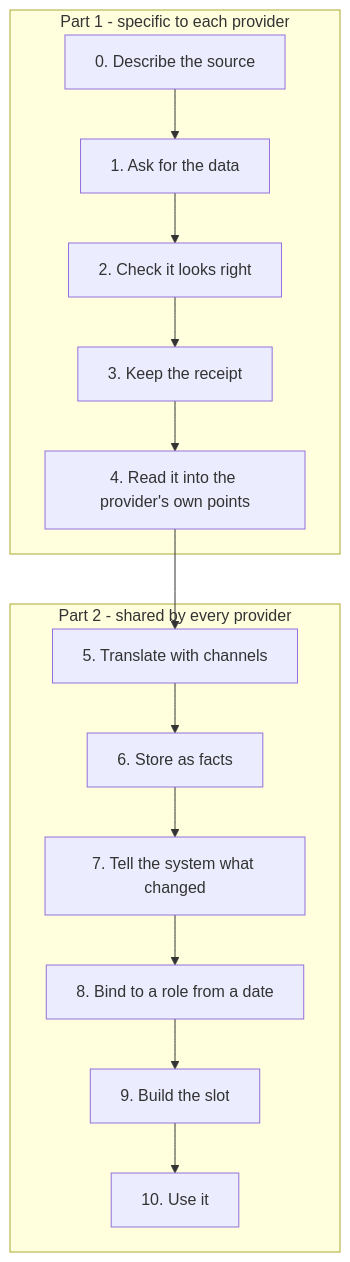
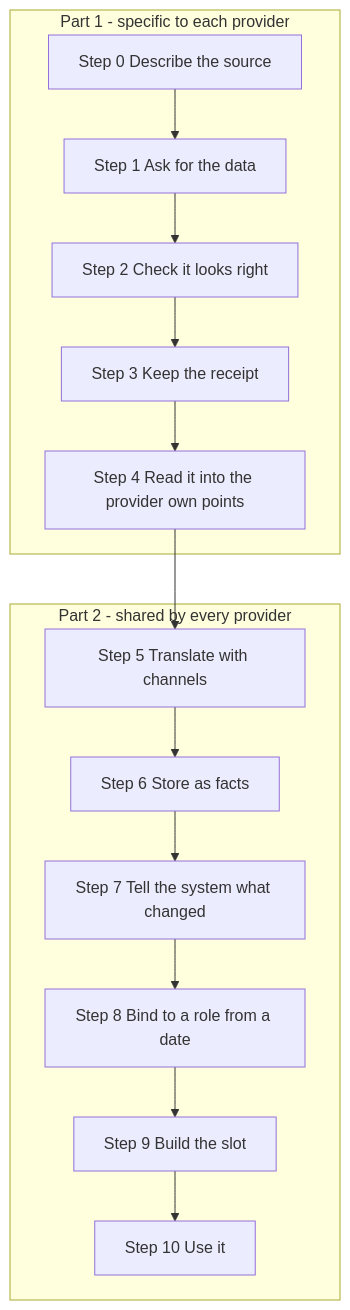
The first of 3 diagrams in docs/provider-to-slot-guide.md (sshahriazz/energiebee-core-prototype), drawn with Mermaid before and after one commit. The commit also changed 1 other file, not shown here.

Commit message:
Docs: diagram labels no longer start with a number and a dot (read as a Markdown list by newer Mermaid)

````diff
--- a/docs/provider-to-slot-guide.md
+++ b/docs/provider-to-slot-guide.md
@@ -20,30 +20,30 @@
 ```mermaid
 flowchart TB
   subgraph SPECIFIC["Part 1 - specific to each provider"]
-    A["0. Describe the source"]
-    B["1. Ask for the data"]
-    C["2. Check it looks right"]
-    D["3. Keep the receipt"]
-    E["4. Read it into the provider's own points"]
+    A["Step 0 Describe the source"]
+    B["Step 1 Ask for the data"]
+    C["Step 2 Check it looks right"]
+    D["Step 3 Keep the receipt"]
+    E["Step 4 Read it into the provider own points"]
   end
 
   subgraph SHARED["Part 2 - shared by every provider"]
-    F["5. Translate with channels"]
-    G["6. Store as facts"]
-    H["7. Tell the system what changed"]
-    I["8. Bind to a role from a date"]
-    J["9. Build the slot"]
-    K["10. Use it"]
+    F["Step 5 Translate with channels"]
+    G["Step 6 Store as facts"]
+    H["Step 7 Tell the system what changed"]
+    I["Step 8 Bind to a role from a date"]
+    J["Step 9 Build the slot"]
+    K["Step 10 Use it"]
   end
 
   A --> B
   B --> C
   C --> D
   D --> E
   E --> F
   F --> G
   G --> H
   H --> I
   I --> J
   J --> K
 ```
````
